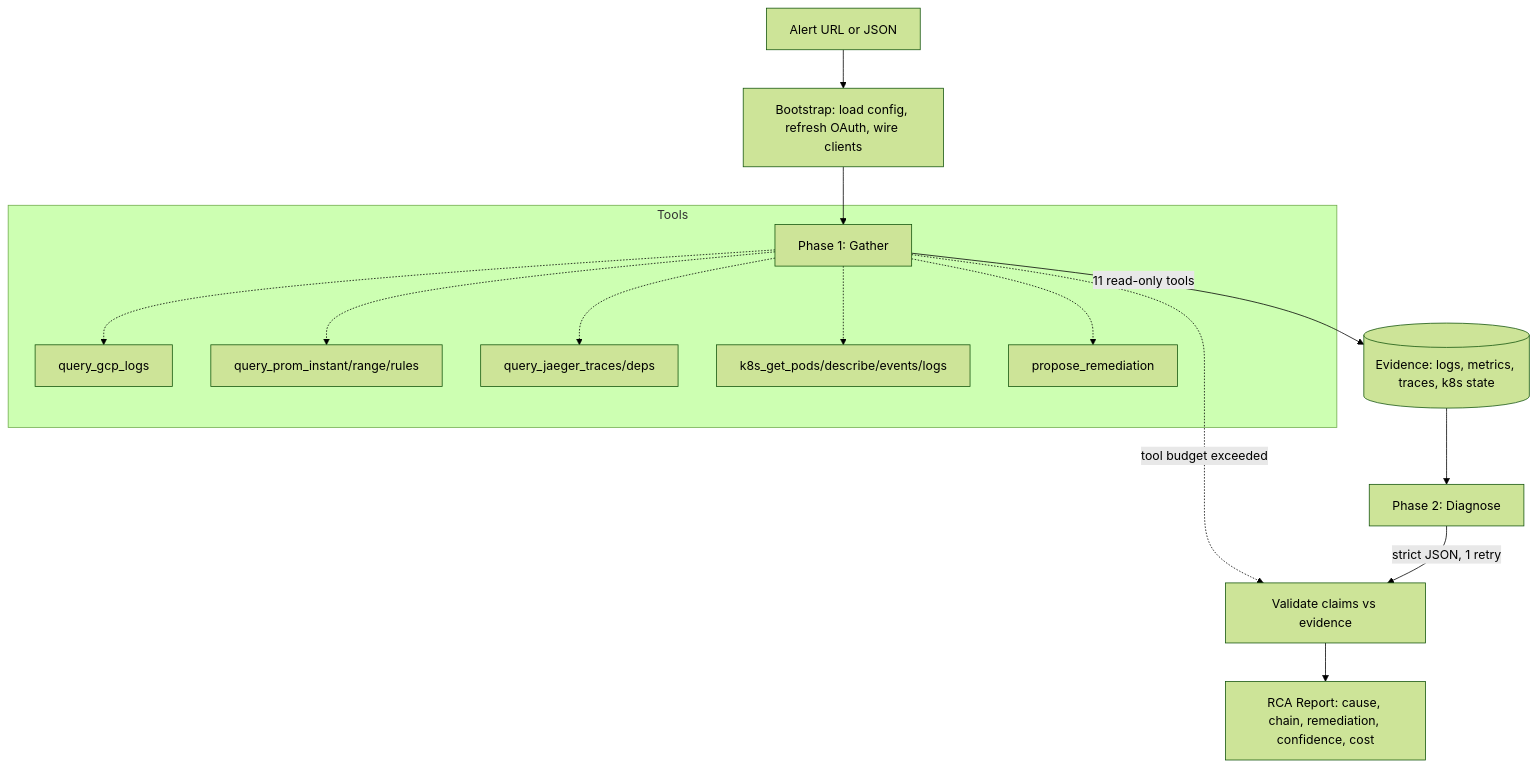
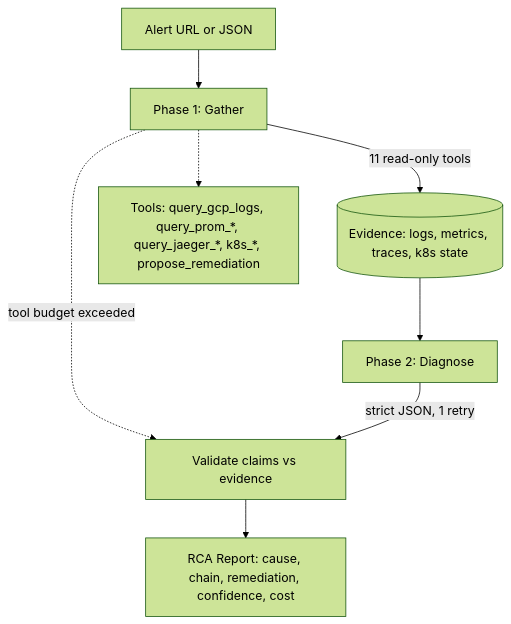
One commit to polo871209/opsremedy changed the diagram in README.md. Above: the diagram before and after it, drawn with Mermaid (forest theme). The commit also changed other lines of this file and 1 other file, not shown here.

````diff
--- a/README.md
+++ b/README.md
@@ -15,18 +15,11 @@
 ```mermaid
 flowchart TD
-    A[Alert URL or JSON] --> B[Bootstrap: load config, refresh OAuth, wire clients]
-    B --> C[Phase 1: Gather]
+    A[Alert URL or JSON] --> C[Phase 1: Gather]
     C -->|11 read-only tools| D[(Evidence: logs, metrics, traces, k8s state)]
     C -.->|tool budget exceeded| F
     D --> E[Phase 2: Diagnose]
     E -->|strict JSON, 1 retry| F[Validate claims vs evidence]
     F --> G[RCA Report: cause, chain, remediation, confidence, cost]
 
-    subgraph Tools
-      C -.-> T1[query_gcp_logs]
-      C -.-> T2[query_prom_instant/range/rules]
-      C -.-> T3[query_jaeger_traces/deps]
-      C -.-> T4[k8s_get_pods/describe/events/logs]
-      C -.-> T5[propose_remediation]
-    end
+    C -.-> T[Tools: query_gcp_logs, query_prom_*, query_jaeger_*, k8s_*, propose_remediation]
 ```
````
